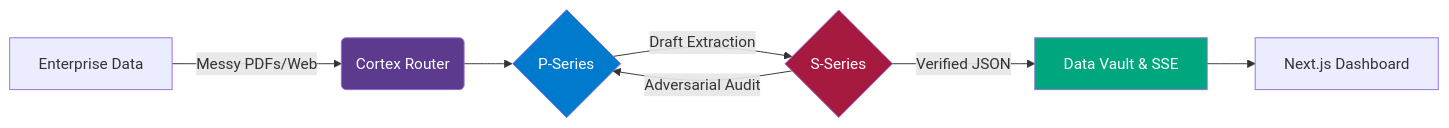
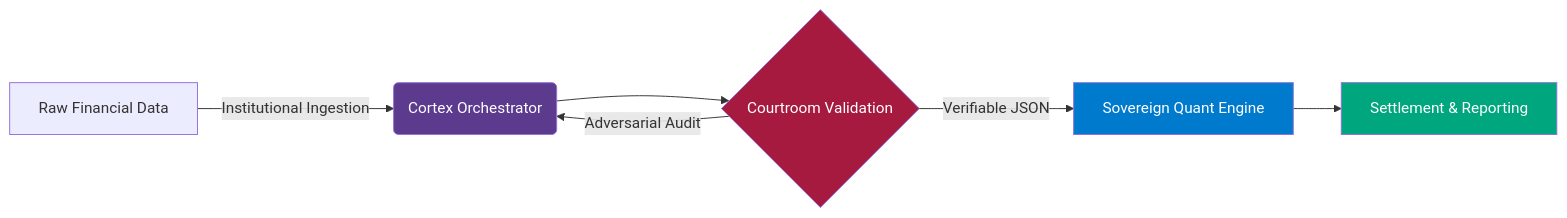
The diagram in README.md (SIXxMENDER/Psiquis-X), drawn with Mermaid before and after one commit. The commit also changed other lines of this file and 97 other files, not shown here.

Commit message:
feat: integrate Sovereign Quant Engine demo and refactor project structure

````diff
--- a/README.md
+++ b/README.md
@@ -26,14 +30,13 @@
 ```mermaid
 graph LR
-    A[Enterprise Data] -->|Messy PDFs/Web| B(Cortex Router)
-    B --> C{P-Series}
-    C -->|Draft Extraction| D{S-Series}
-    D -->|Adversarial Audit| C
-    D -->|Verified JSON| E[Data Vault & SSE]
-    E --> F[Next.js Dashboard]
+    A[Raw Financial Data] -->|Institutional Ingestion| B(Cortex Orchestrator)
+    B --> C{Courtroom Validation}
+    C -->|Adversarial Audit| B
+    C -->|Verifiable JSON| D[Sovereign Quant Engine]
+    D --> E[Settlement & Reporting]
     
     style B fill:#5c3b8e,color:#fff
-    style C fill:#007acc,color:#fff
-    style D fill:#a61a3f,color:#fff
+    style C fill:#a61a3f,color:#fff
+    style D fill:#007acc,color:#fff
     style E fill:#00a67d,color:#fff
 ```
````
